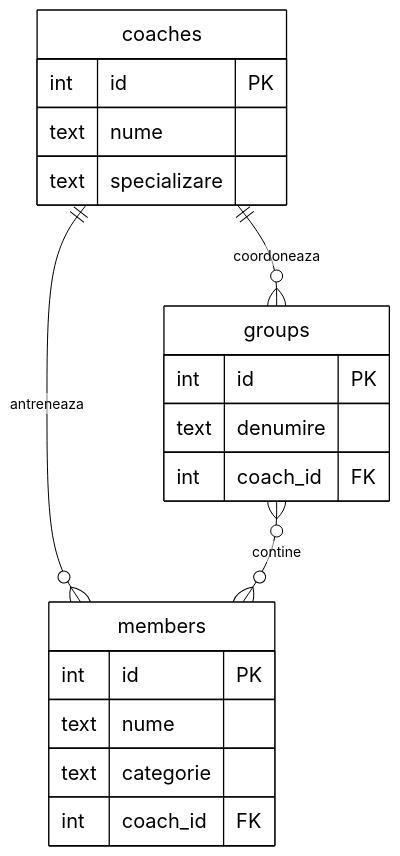
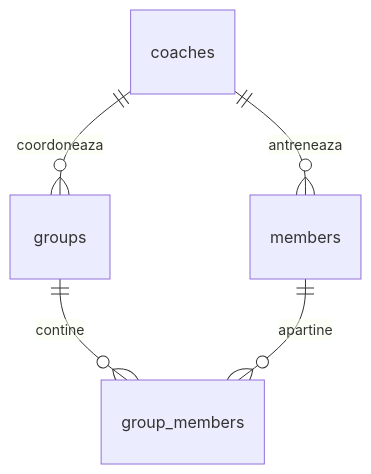
One commit to ricardofilipebondor/web-technologies-2026 changed the eighth of 12 diagrams in docs/ARCHITECTURE.md. Above: the diagram before and after it, drawn with Mermaid. The commit also changed other lines of this file and 20 other files, not shown here.

````diff
--- a/docs/ARCHITECTURE.md
+++ b/docs/ARCHITECTURE.md
@@ -153,24 +162,7 @@
 ```mermaid
-%%{init: {'theme':'base','themeVariables':{'darkMode':false,'background':'#ffffff','mainBkg':'#ffffff','primaryColor':'#ffffff','primaryTextColor':'#000000','primaryBorderColor':'#000000','lineColor':'#000000','fontSize':'20px','fontFamily':'Arial'}}}%%
 erDiagram
     coaches ||--o{ members : antreneaza
     coaches ||--o{ groups : coordoneaza
-    groups }o--o{ members : contine
-
-    coaches {
-        int id PK
-        text nume
-        text specializare
-    }
-    members {
-        int id PK
-        text nume
-        text categorie
-        int coach_id FK
-    }
-    groups {
-        int id PK
-        text denumire
-        int coach_id FK
-    }
+    groups ||--o{ group_members : contine
+    members ||--o{ group_members : apartine
 ```
````
